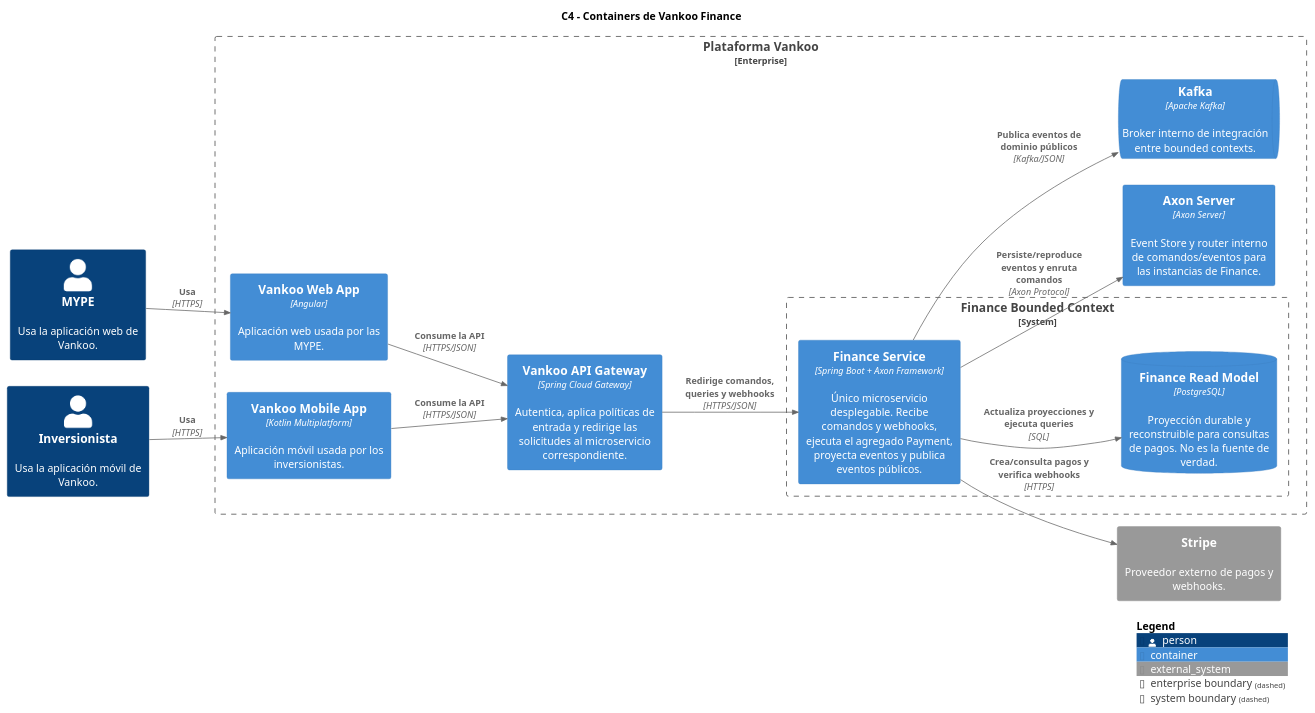
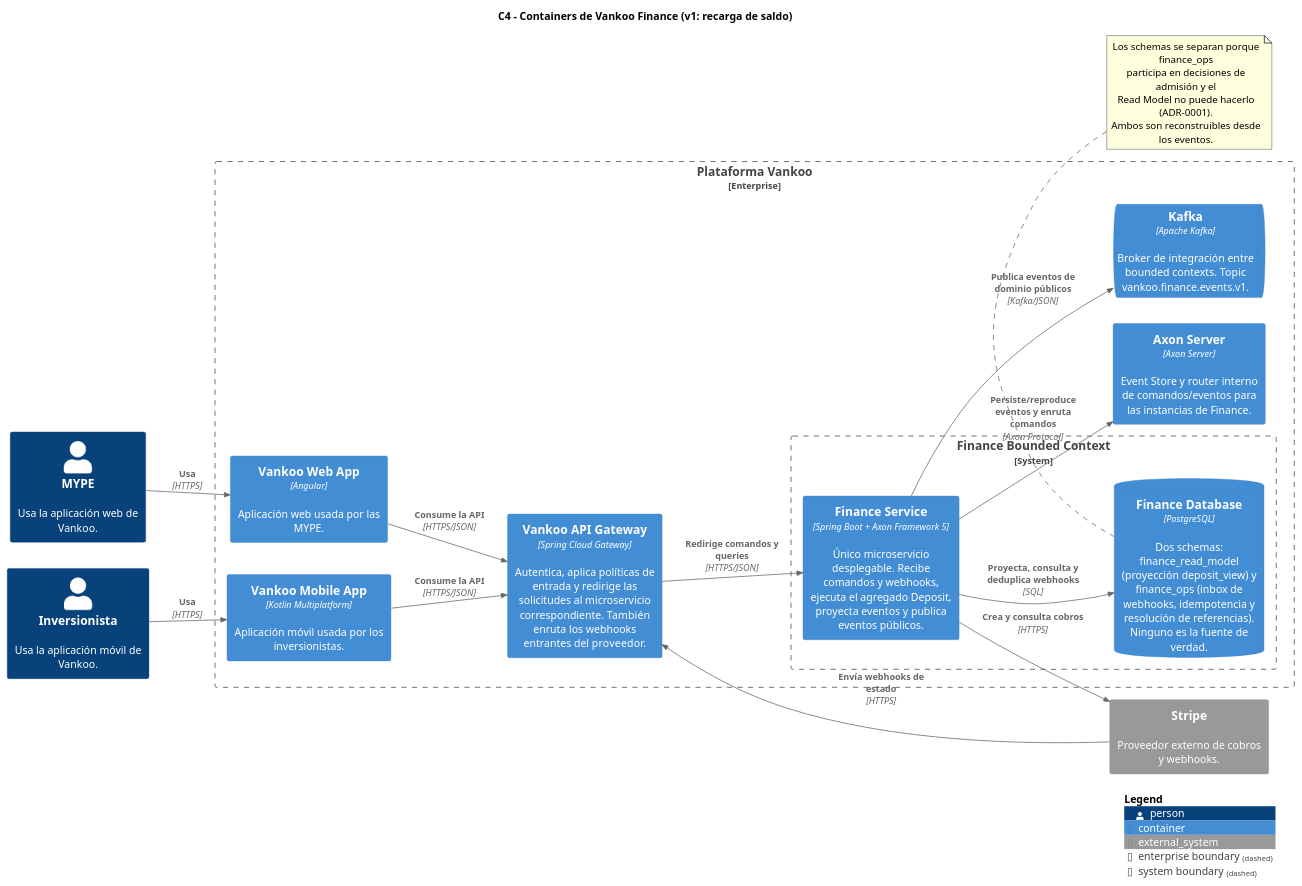
The diagram in docs/architecture/finance-c4-containers.puml (liquilabshq/vankoo-finance-service), drawn with PlantUML before and after one commit. The commit also changed 7 other files, not shown here.

First line of the commit message:
docs(finance): rework contracts around Deposit aggregate and Axon 5

```diff
--- a/docs/architecture/finance-c4-containers.puml
+++ b/docs/architecture/finance-c4-containers.puml
@@ -1,41 +1,51 @@
 @startuml finance-c4-containers
 
 !include https://raw.githubusercontent.com/plantuml-stdlib/C4-PlantUML/master/C4_Container.puml
 
 LAYOUT_LEFT_RIGHT()
 LAYOUT_WITH_LEGEND()
 
-title C4 - Containers de Vankoo Finance
+title C4 - Containers de Vankoo Finance (v1: recarga de saldo)
 
 Person(mype, "MYPE", "Usa la aplicación web de Vankoo.")
 Person(investor, "Inversionista", "Usa la aplicación móvil de Vankoo.")
 
-System_Ext(stripe, "Stripe", "Proveedor externo de pagos y webhooks.")
+System_Ext(stripe, "Stripe", "Proveedor externo de cobros y webhooks.")
 
 Enterprise_Boundary(vankoo, "Plataforma Vankoo") {
     Container(web_app, "Vankoo Web App", "Angular", "Aplicación web usada por las MYPE.")
     Container(mobile_app, "Vankoo Mobile App", "Kotlin Multiplatform", "Aplicación móvil usada por los inversionistas.")
-    Container(api_gateway, "Vankoo API Gateway", "Spring Cloud Gateway", "Autentica, aplica políticas de entrada y redirige las solicitudes al microservicio correspondiente.")
+    Container(api_gateway, "Vankoo API Gateway", "Spring Cloud Gateway", "Autentica, aplica políticas de entrada y redirige las solicitudes al microservicio correspondiente. También enruta los webhooks entrantes del proveedor.")
 
     System_Boundary(finance_system, "Finance Bounded Context") {
-        Container(finance_service, "Finance Service", "Spring Boot + Axon Framework", "Único microservicio desplegable. Recibe comandos y webhooks, ejecuta el agregado Payment, proyecta eventos y publica eventos públicos.")
-        ContainerDb(read_model, "Finance Read Model", "PostgreSQL", "Proyección durable y reconstruible para consultas de pagos. No es la fuente de verdad.")
+        Container(finance_service, "Finance Service", "Spring Boot + Axon Framework 5", "Único microservicio desplegable. Recibe comandos y webhooks, ejecuta el agregado Deposit, proyecta eventos y publica eventos públicos.")
+        ContainerDb(finance_db, "Finance Database", "PostgreSQL", "Dos schemas: finance_read_model (proyección deposit_view) y finance_ops (inbox de webhooks, idempotencia y resolución de referencias). Ninguno es la fuente de verdad.")
     }
 
     Container(axon_server, "Axon Server", "Axon Server", "Event Store y router interno de comandos/eventos para las instancias de Finance.")
-    ContainerQueue(kafka, "Kafka", "Apache Kafka", "Broker interno de integración entre bounded contexts.")
+    ContainerQueue(kafka, "Kafka", "Apache Kafka", "Broker de integración entre bounded contexts. Topic vankoo.finance.events.v1.")
 }
 
 Rel(mype, web_app, "Usa", "HTTPS")
 Rel(investor, mobile_app, "Usa", "HTTPS")
 Rel(web_app, api_gateway, "Consume la API", "HTTPS/JSON")
 Rel(mobile_app, api_gateway, "Consume la API", "HTTPS/JSON")
-Rel(api_gateway, finance_service, "Redirige comandos, queries y webhooks", "HTTPS/JSON")
+Rel(api_gateway, finance_service, "Redirige comandos y queries", "HTTPS/JSON")
+
+Rel(stripe, api_gateway, "Envía webhooks de estado", "HTTPS")
+Rel(finance_service, stripe, "Crea y consulta cobros", "HTTPS")
+
 Rel(finance_service, axon_server, "Persiste/reproduce eventos y enruta comandos", "Axon Protocol")
-Rel(finance_service, read_model, "Actualiza proyecciones y ejecuta queries", "SQL")
-Rel(finance_service, stripe, "Crea/consulta pagos y verifica webhooks", "HTTPS")
+Rel(finance_service, finance_db, "Proyecta, consulta y deduplica webhooks", "SQL")
 Rel(finance_service, kafka, "Publica eventos de dominio públicos", "Kafka/JSON")
+
+note bottom of finance_db
+  Los schemas se separan porque finance_ops
+  participa en decisiones de admisión y el
+  Read Model no puede hacerlo (ADR-0001).
+  Ambos son reconstruibles desde los eventos.
+end note
 
 SHOW_LEGEND()
 
 @enduml
```
